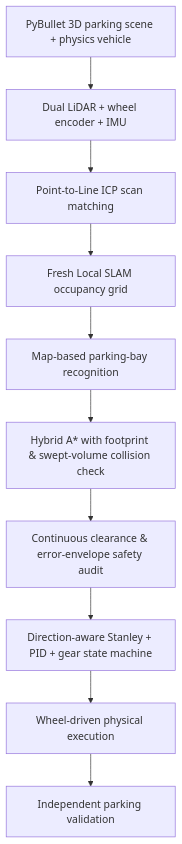
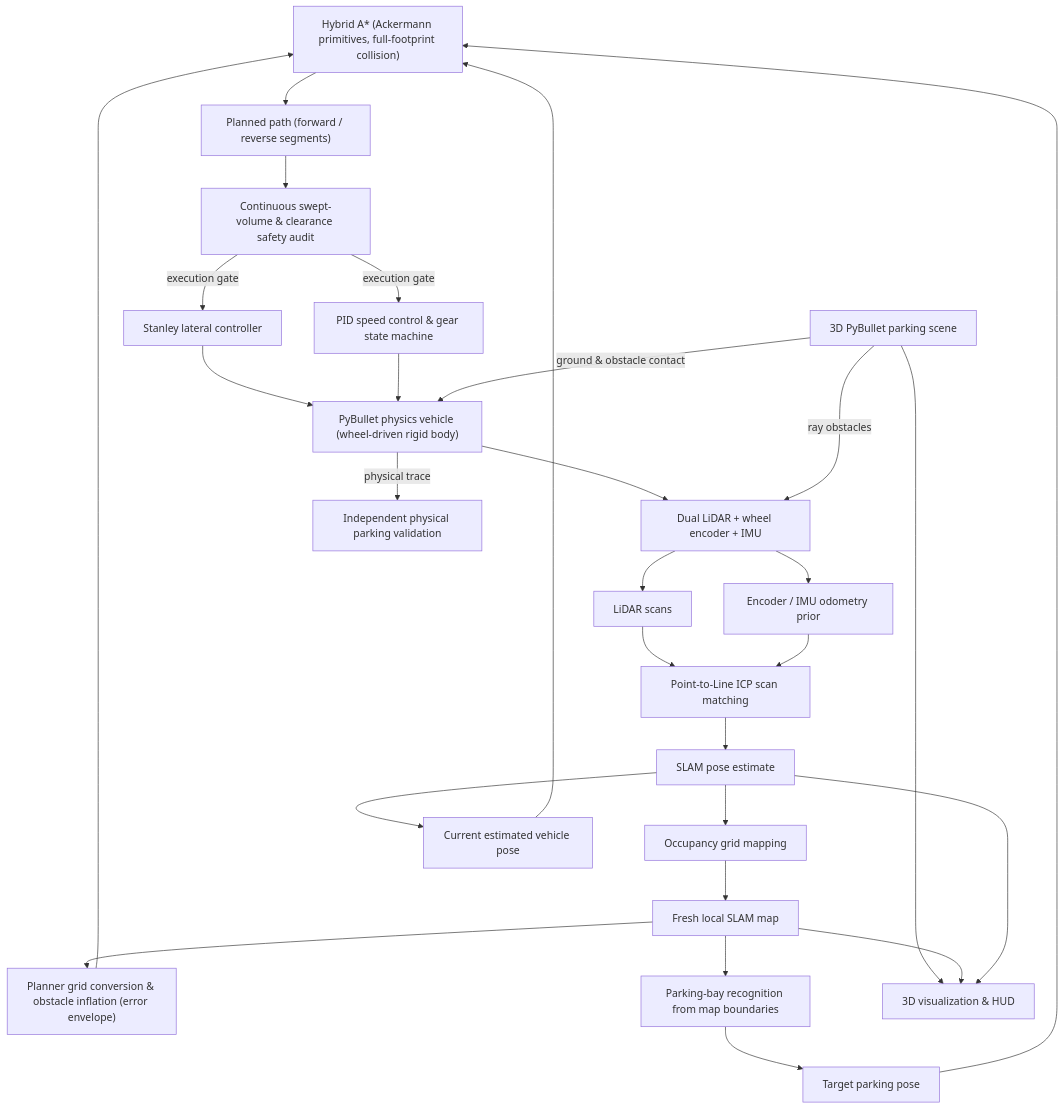
The diagram in README.md (Jelly-dog-tg/AutoMotion-SLAMPark), drawn with Mermaid before and after one commit.

Commit message:
Replace linear pipeline diagram with closed-loop system flowchart
Mirror the reviewed architecture diagram in English: Hybrid A* -> planned path ->
safety audit -> Stanley/PID -> physics vehicle -> dual LiDAR/encoder/IMU -> ICP ->
SLAM pose -> occupancy mapping -> grid inflation / bay recognition / current pose
back into Hybrid A*, plus visualization and independent validation outputs.

````diff
--- a/README.md
+++ b/README.md
@@ -40,12 +40,51 @@
 ```mermaid
 flowchart TD
-    A[PyBullet 3D parking scene + physics vehicle] --> B[Dual LiDAR + wheel encoder + IMU]
-    B --> C[Point-to-Line ICP scan matching]
-    C --> D[Fresh Local SLAM occupancy grid]
-    D --> E[Map-based parking-bay recognition]
-    E --> F[Hybrid A* with footprint & swept-volume collision check]
-    F --> G[Continuous clearance & error-envelope safety audit]
-    G --> H[Direction-aware Stanley + PID + gear state machine]
-    H --> I[Wheel-driven physical execution]
-    I --> J[Independent parking validation]
+    HA["Hybrid A* (Ackermann primitives, full-footprint collision)"]
+    PATH["Planned path (forward / reverse segments)"]
+    AUDIT["Continuous swept-volume & clearance safety audit"]
+    SC["Stanley lateral controller"]
+    PID["PID speed control & gear state machine"]
+    PV["PyBullet physics vehicle (wheel-driven rigid body)"]
+    ENV["3D PyBullet parking scene"]
+    SEN["Dual LiDAR + wheel encoder + IMU"]
+    SCAN["LiDAR scans"]
+    ODOM["Encoder / IMU odometry prior"]
+    ICP["Point-to-Line ICP scan matching"]
+    POSE["SLAM pose estimate"]
+    OGM["Occupancy grid mapping"]
+    MAP["Fresh local SLAM map"]
+    CUR["Current estimated vehicle pose"]
+    CONV["Planner grid conversion & obstacle inflation (error envelope)"]
+    BAY["Parking-bay recognition from map boundaries"]
+    GOAL["Target parking pose"]
+    VIS["3D visualization & HUD"]
+    VAL["Independent physical parking validation"]
+
+    HA --> PATH
+    PATH --> AUDIT
+    AUDIT -->|execution gate| SC
+    AUDIT -->|execution gate| PID
+    SC --> PV
+    PID --> PV
+    ENV -->|ground & obstacle contact| PV
+    PV --> SEN
+    ENV -->|ray obstacles| SEN
+    SEN --> SCAN
+    SEN --> ODOM
+    SCAN --> ICP
+    ODOM --> ICP
+    ICP --> POSE
+    POSE --> OGM
+    OGM --> MAP
+    POSE --> CUR
+    MAP --> CONV
+    MAP --> BAY
+    BAY --> GOAL
+    CONV --> HA
+    GOAL --> HA
+    CUR --> HA
+    ENV --> VIS
+    MAP --> VIS
+    POSE --> VIS
+    PV -->|physical trace| VAL
 ```
````
